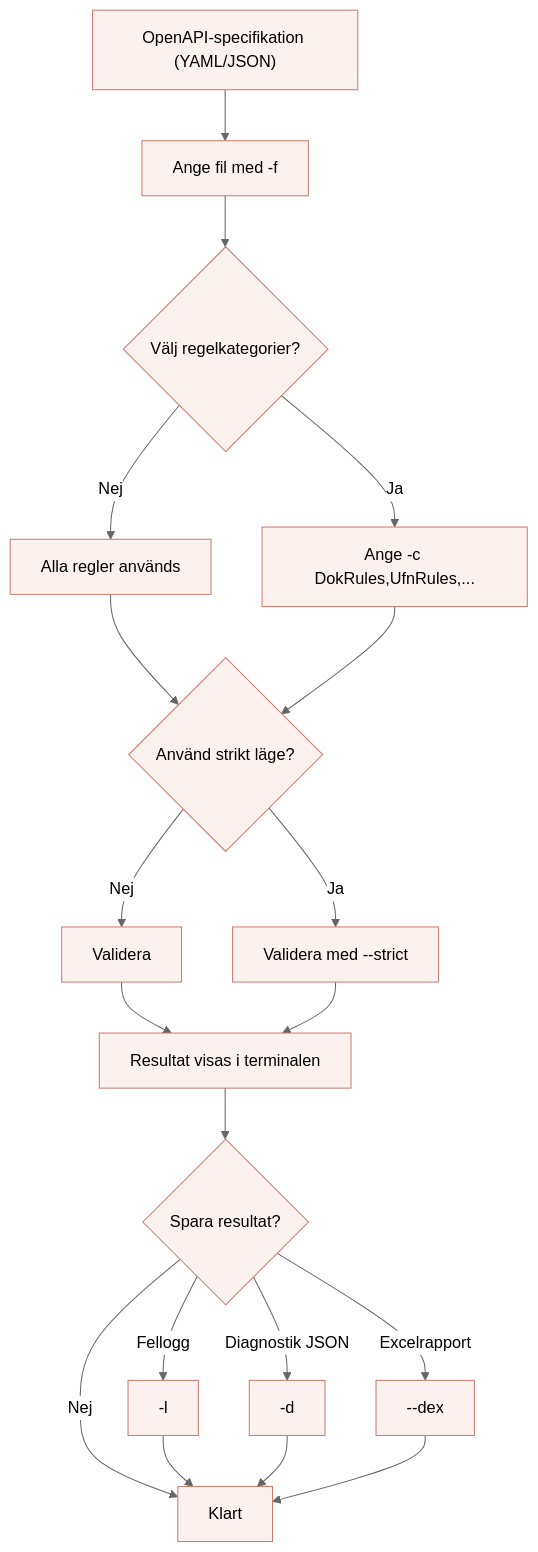
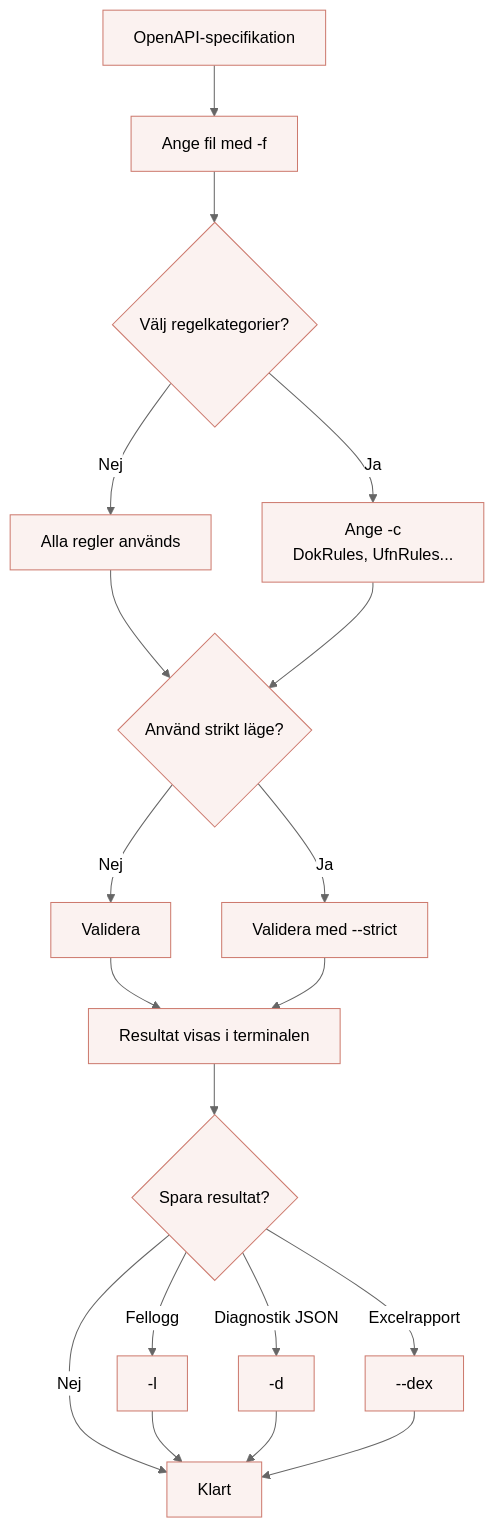
The first of 2 diagrams in README.md (diggsweden/rest-api-profil-lint-processor), drawn with Mermaid before and after one commit. The commit also changed other lines of this file and 1 other file, not shown here.

````diff
--- a/README.md
+++ b/README.md
@@ -385,44 +388,44 @@
 ```mermaid
 %%{init: {
   "theme": "base",
   "themeVariables": {
     "primaryColor": "#fbf2f0",
     "primaryTextColor": "#000",
     "primaryBorderColor": "#cd7a6e",
     "lineColor": "#666",
     "secondaryColor": "#ffffff",
     "tertiaryColor": "#ffffff"
   }
 }}%%
 flowchart TD
 
-    A["OpenAPI-specifikation (YAML/JSON)"]
+    A["OpenAPI-specifikation"]
 
     A --> B["Ange fil med -f"]
 
     B --> C{Välj regelkategorier?}
 
     C -->|Nej| D["Alla regler används"]
-    C -->|Ja| E["Ange -c DokRules,UfnRules,..."]
+    C -->|Ja| E["Ange -c <br> DokRules, UfnRules..."]
 
     D --> F{Använd strikt läge?}
     E --> F
 
     F -->|Nej| G["Validera"]
     F -->|Ja| H["Validera med --strict"]
 
     G --> I["Resultat visas i terminalen"]
     H --> I
 
     I --> J{Spara resultat?}
 
     J -->|Nej| K["Klart"]
 
     J -->|Fellogg| L["-l <fil>"]
     J -->|Diagnostik JSON| M["-d <fil>"]
     J -->|Excelrapport| N["--dex"]
 
     L --> K
     M --> K
     N --> K
 ```
````
